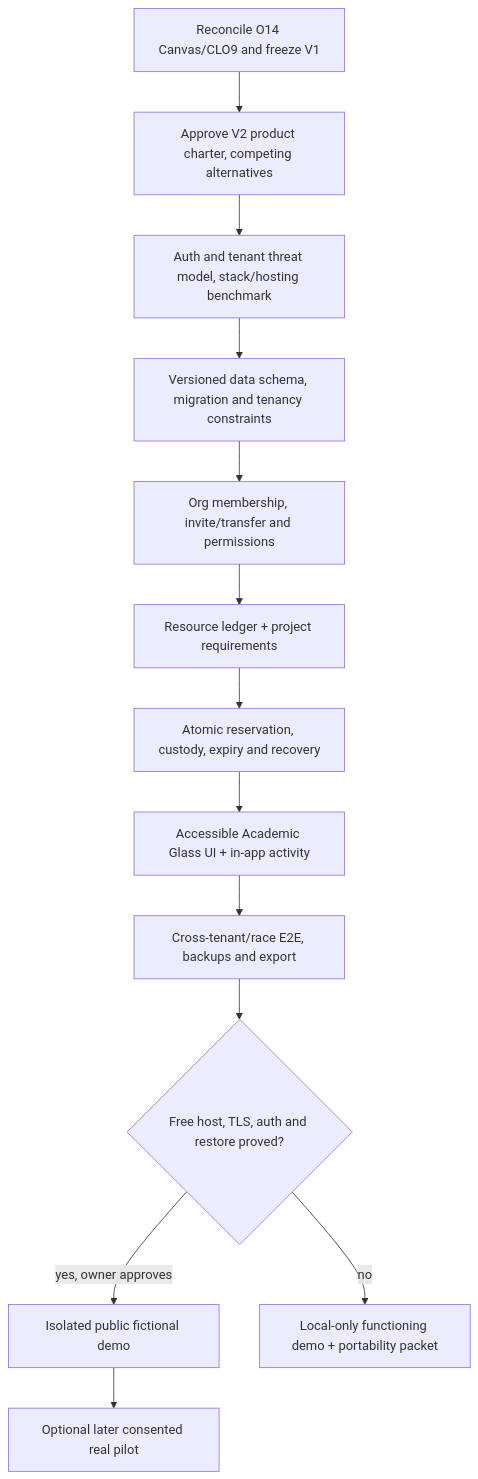
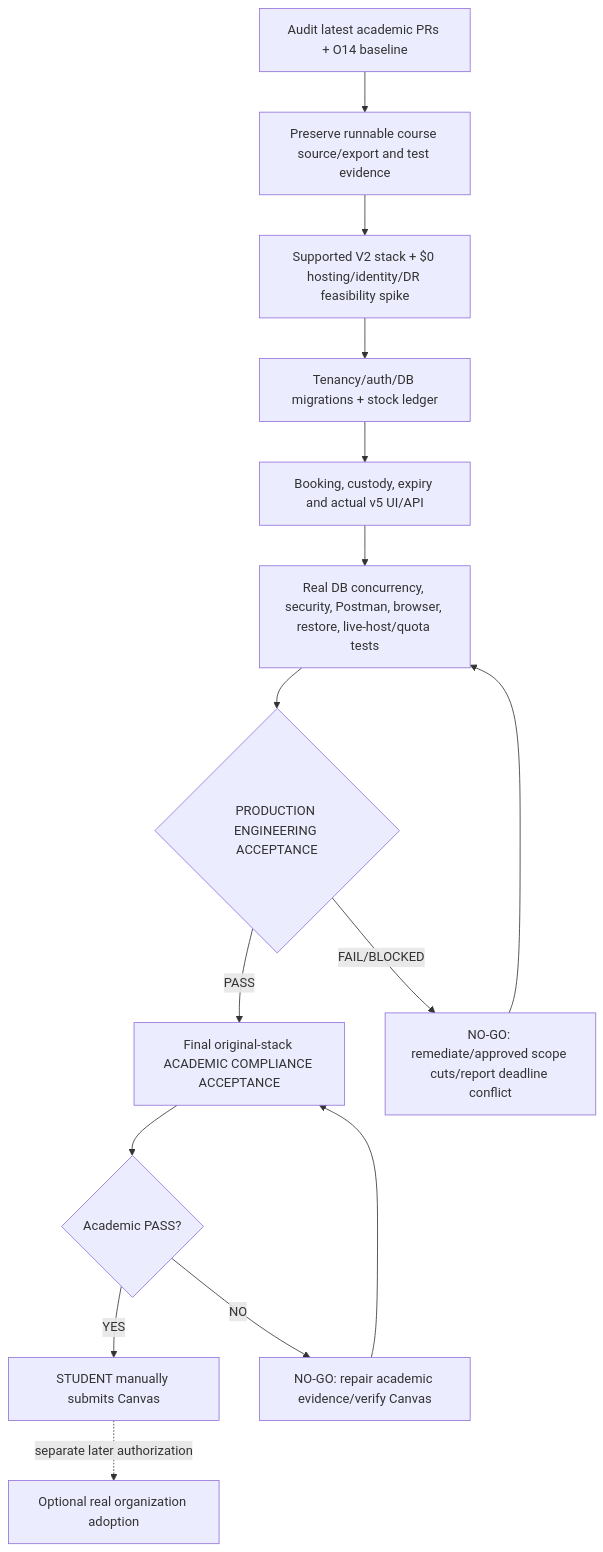
One commit to newonathe/OrgResource changed the diagram in docs/research-2.0/18_SDLC_BACKLOG_DEPENDENCIES_AND_ROADMAP.md. Above: the diagram before and after it, drawn with Mermaid. The commit also changed other lines of this file and 4 other files, not shown here.

Commit message:
docs: record production-before-Canvas user decision and critical path

````diff
--- a/docs/research-2.0/18_SDLC_BACKLOG_DEPENDENCIES_AND_ROADMAP.md
+++ b/docs/research-2.0/18_SDLC_BACKLOG_DEPENDENCIES_AND_ROADMAP.md
@@ -7,15 +5,17 @@
 ```mermaid
 flowchart TD
-  A[Reconcile O14 Canvas/CLO9 and freeze V1] --> B[Approve V2 product charter, competing alternatives]
-  B --> C[Auth and tenant threat model, stack/hosting benchmark]
-  C --> D[Versioned data schema, migration and tenancy constraints]
-  D --> E[Org membership, invite/transfer and permissions]
-  E --> F[Resource ledger + project requirements]
-  F --> G[Atomic reservation, custody, expiry and recovery]
-  G --> H[Accessible Academic Glass UI + in-app activity]
-  H --> I[Cross-tenant/race E2E, backups and export]
-  I --> J{Free host, TLS, auth and restore proved?}
-  J -->|yes, owner approves| K[Isolated public fictional demo]
-  J -->|no| L[Local-only functioning demo + portability packet]
-  K --> M[Optional later consented real pilot]
+  A[Audit latest academic PRs + O14 baseline] --> B[Preserve runnable course source/export and test evidence]
+  B --> C[Supported V2 stack + $0 hosting/identity/DR feasibility spike]
+  C --> D[Tenancy/auth/DB migrations + stock ledger]
+  D --> E[Booking, custody, expiry and actual v5 UI/API]
+  E --> F[Real DB concurrency, security, Postman, browser, restore, live-host/quota tests]
+  F --> G{PRODUCTION ENGINEERING ACCEPTANCE}
+  G -->|PASS| H[Final original-stack ACADEMIC COMPLIANCE ACCEPTANCE]
+  H --> I{Academic PASS?}
+  I -->|YES| J[STUDENT manually submits Canvas]
+  G -->|FAIL/BLOCKED| X[NO-GO: remediate/approved scope cuts/report deadline conflict]
+  I -->|NO| Y[NO-GO: repair academic evidence/verify Canvas]
+  X --> F
+  Y --> H
+  J -. separate later authorization .-> K[Optional real organization adoption]
 ```
````
